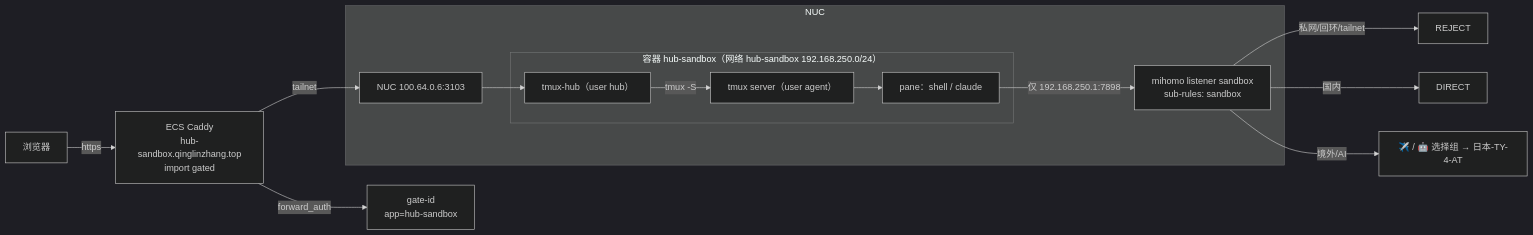
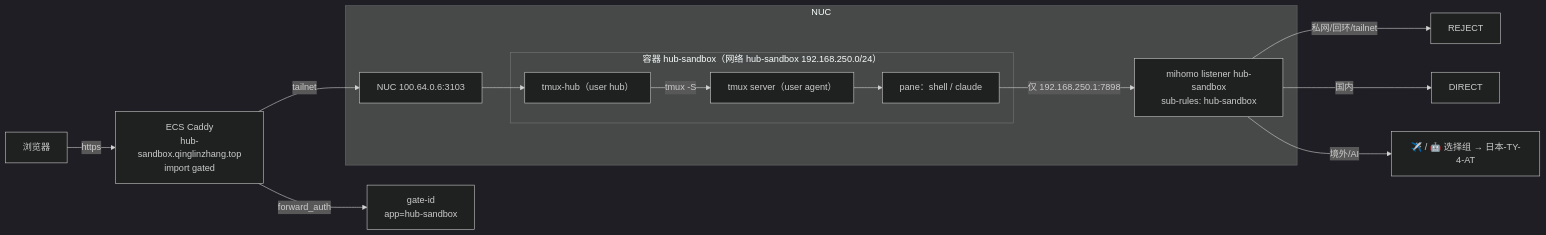
The diagram in docs/specs/002-sandbox-instance.md (Dandi007/tmux-hub), drawn with Mermaid (dark theme) before and after one commit. The commit also changed other lines of this file, not shown here.

````diff
--- a/docs/specs/002-sandbox-instance.md
+++ b/docs/specs/002-sandbox-instance.md
@@ -48,17 +48,17 @@
 ```mermaid
 graph LR
   B["浏览器"] -->|"https"| C["ECS Caddy<br/>hub-sandbox.qinglinzhang.top<br/>import gated"]
   C -->|"forward_auth"| G["gate-id<br/>app=hub-sandbox"]
   C -->|"tailnet"| P["NUC 100.64.0.6:3103"]
   subgraph NUC
     P --> H
     subgraph CT["容器 hub-sandbox（网络 hub-sandbox 192.168.250.0/24）"]
       H["tmux-hub（user hub）"] -->|"tmux -S"| T["tmux server（user agent）"]
       T --> PANE["pane：shell / claude"]
     end
-    PANE -->|"仅 192.168.250.1:7898"| M["mihomo listener sandbox<br/>sub-rules: sandbox"]
+    PANE -->|"仅 192.168.250.1:7898"| M["mihomo listener hub-sandbox<br/>sub-rules: hub-sandbox"]
   end
   M -->|"私网/回环/tailnet"| X["REJECT"]
   M -->|"国内"| D["DIRECT"]
   M -->|"境外/AI"| J["✈️ / 🤖 选择组 → 日本-TY-4-AT"]
 ```
````
